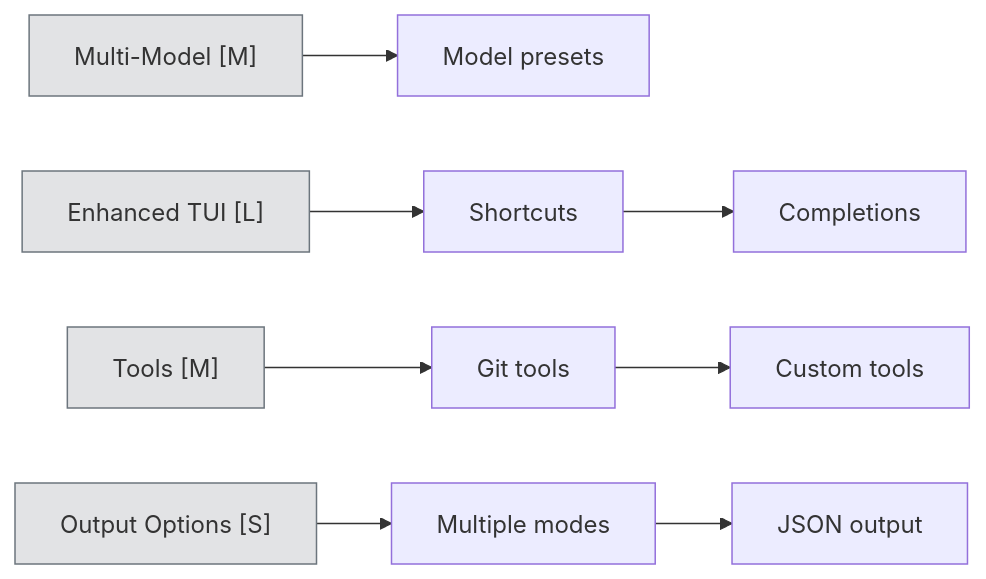
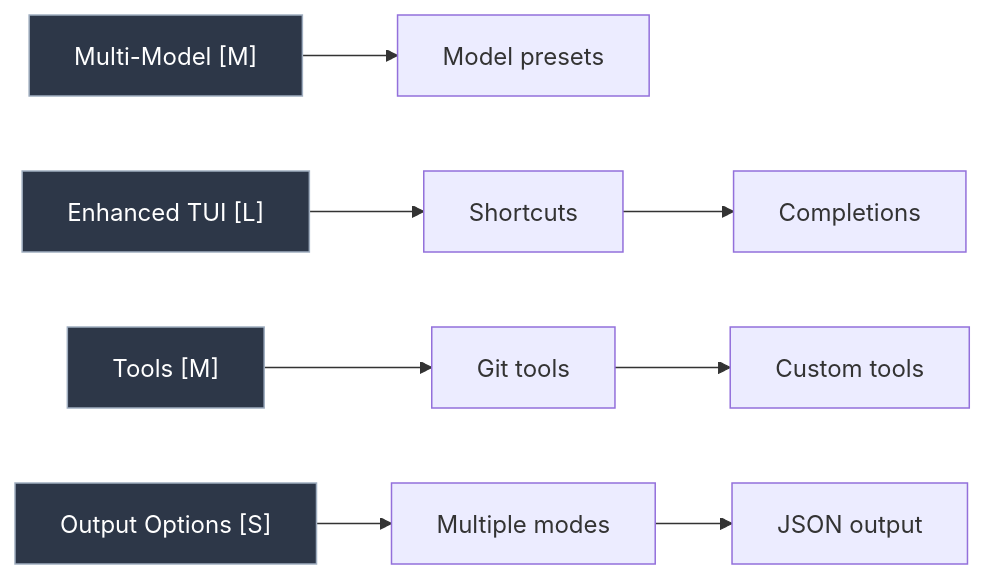
One commit to Miguel-EpicJS/ash-cli changed the fourth of 8 diagrams in ROADMAP.md. Above: the diagram before and after it, drawn with Mermaid. The commit also changed other lines of this file, not shown here.

````diff
--- a/ROADMAP.md
+++ b/ROADMAP.md
@@ -158,18 +158,18 @@
 ```mermaid
 flowchart LR
     A0["Multi-Model [M]"] --> A1[Model presets]
     
     B0["Enhanced TUI [L]"] --> B1[Shortcuts]
     B1 --> B2[Completions]
     
     C0["Tools [M]"] --> C1[Git tools]
     C1 --> C2[Custom tools]
     
     D0["Output Options [S]"] --> D1[Multiple modes]
     D1 --> D2[JSON output]
     
-    style A0 fill:#e2e3e5,stroke:#6c757d
-    style B0 fill:#e2e3e5,stroke:#6c757d
-    style C0 fill:#e2e3e5,stroke:#6c757d
-    style D0 fill:#e2e3e5,stroke:#6c757d
+    style A0 fill:#2d3748,stroke:#a0aec0,color:#fff
+    style B0 fill:#2d3748,stroke:#a0aec0,color:#fff
+    style C0 fill:#2d3748,stroke:#a0aec0,color:#fff
+    style D0 fill:#2d3748,stroke:#a0aec0,color:#fff
 ```
````
